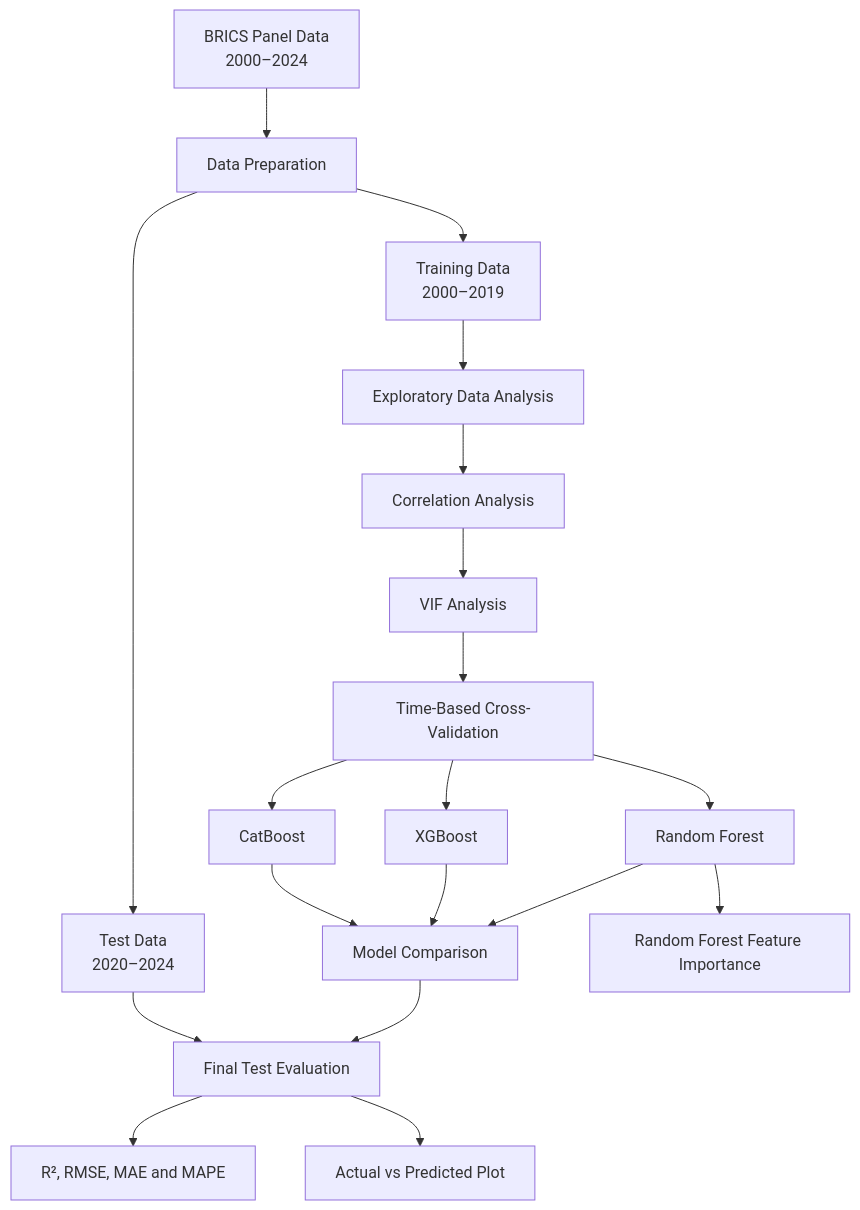
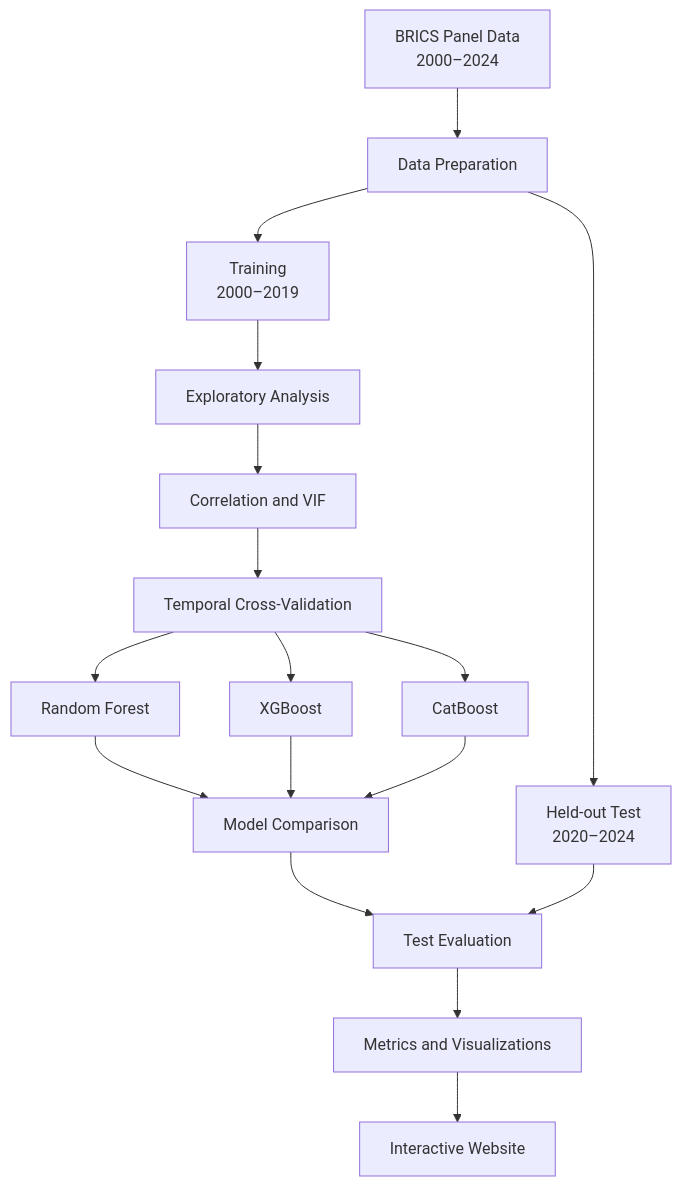
One commit to aasthasethi28/brics-economic-growth-ml changed the first of 2 diagrams in README.md. Above: the diagram before and after it, drawn with Mermaid. The commit also changed other lines of this file, not shown here.

````diff
--- a/README.md
+++ b/README.md
@@ -76,26 +71,19 @@
 ```mermaid
 flowchart TD
     A["BRICS Panel Data<br/>2000–2024"] --> B["Data Preparation"]
-    B --> C["Training Data<br/>2000–2019"]
-    B --> D["Test Data<br/>2020–2024"]
-
-    C --> E["Exploratory Data Analysis"]
-    E --> F["Correlation Analysis"]
-    F --> G["VIF Analysis"]
-    G --> H["Time-Based Cross-Validation"]
-
-    H --> I["Random Forest"]
-    H --> J["XGBoost"]
-    H --> K["CatBoost"]
-
-    I --> L["Model Comparison"]
-    J --> L
-    K --> L
-
-    L --> M["Final Test Evaluation"]
-    D --> M
-
-    M --> N["R², RMSE, MAE and MAPE"]
-    M --> O["Actual vs Predicted Plot"]
-    I --> P["Random Forest Feature Importance"]
+    B --> C["Training<br/>2000–2019"]
+    B --> D["Held-out Test<br/>2020–2024"]
+    C --> E["Exploratory Analysis"]
+    E --> F["Correlation and VIF"]
+    F --> G["Temporal Cross-Validation"]
+    G --> H["Random Forest"]
+    G --> I["XGBoost"]
+    G --> J["CatBoost"]
+    H --> K["Model Comparison"]
+    I --> K
+    J --> K
+    K --> L["Test Evaluation"]
+    D --> L
+    L --> M["Metrics and Visualizations"]
+    M --> N["Interactive Website"]
 ```
````
